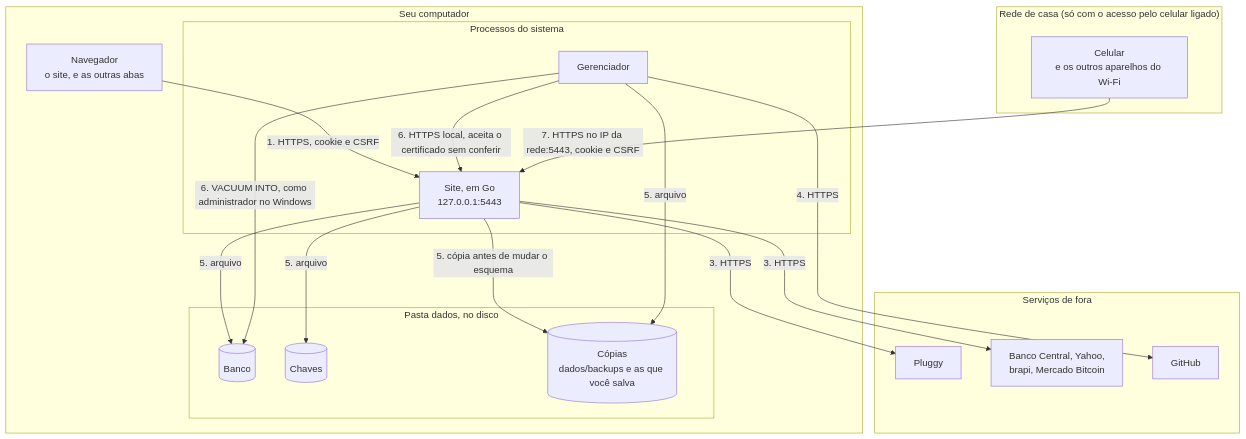
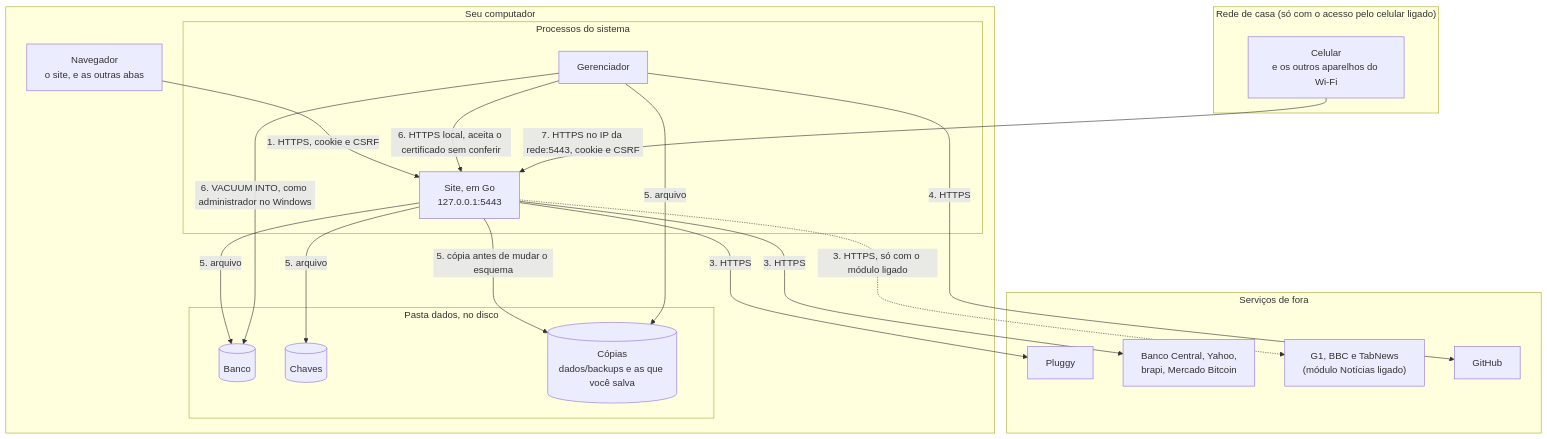
One commit to LucasDesenvGit/financas-local changed the diagram in docs/MODELO-DE-AMEACAS.md. Above: the diagram before and after it, drawn with Mermaid. The commit also changed other lines of this file and 40 other files, not shown here.

First line of the commit message:
feat(banco)!: módulo Notícias com G1, BBC News Brasil e TabNews (#10)

````diff
--- a/docs/MODELO-DE-AMEACAS.md
+++ b/docs/MODELO-DE-AMEACAS.md
@@ -25,39 +25,41 @@
 ```mermaid
 flowchart TB
     subgraph computador["Seu computador"]
         navegador["Navegador<br/>o site, e as outras abas"]
 
         subgraph processos["Processos do sistema"]
             api["Site, em Go<br/>127.0.0.1:5443"]
             gerenciador["Gerenciador"]
         end
 
         subgraph disco["Pasta dados, no disco"]
             banco[("Banco")]
             chaves[("Chaves")]
             copias[("Cópias<br/>dados/backups e as que você salva")]
         end
     end
 
     subgraph rede["Rede de casa (só com o acesso pelo celular ligado)"]
         celular["Celular<br/>e os outros aparelhos do Wi-Fi"]
     end
 
     subgraph internet["Serviços de fora"]
         pluggy["Pluggy"]
         cotacoes["Banco Central, Yahoo,<br/>brapi, Mercado Bitcoin"]
+        noticias["G1, BBC e TabNews<br/>(módulo Notícias ligado)"]
         github["GitHub"]
     end
 
     navegador -- "1. HTTPS, cookie e CSRF" --> api
     api -- "3. HTTPS" --> pluggy
     api -- "3. HTTPS" --> cotacoes
+    api -.->|"3. HTTPS, só com o módulo ligado"| noticias
     gerenciador -- "4. HTTPS" --> github
     api -- "5. arquivo" --> banco
     api -- "5. arquivo" --> chaves
     api -- "5. cópia antes de mudar o esquema" --> copias
     gerenciador -- "5. arquivo" --> copias
     gerenciador -- "6. HTTPS local, aceita o certificado sem conferir" --> api
     gerenciador -- "6. VACUUM INTO, como administrador no Windows" --> banco
     celular -- "7. HTTPS no IP da rede:5443, cookie e CSRF" --> api
 ```
````
